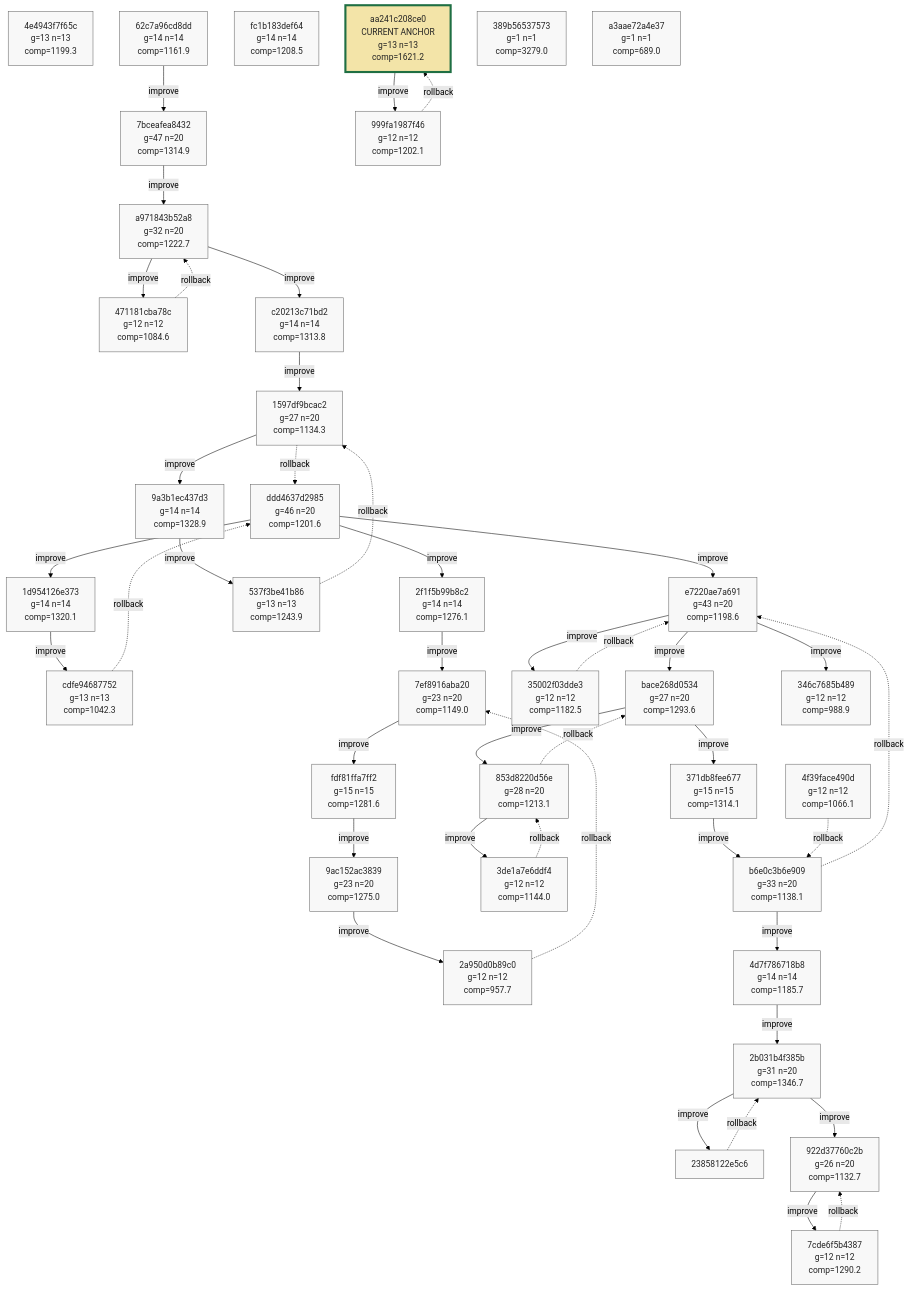
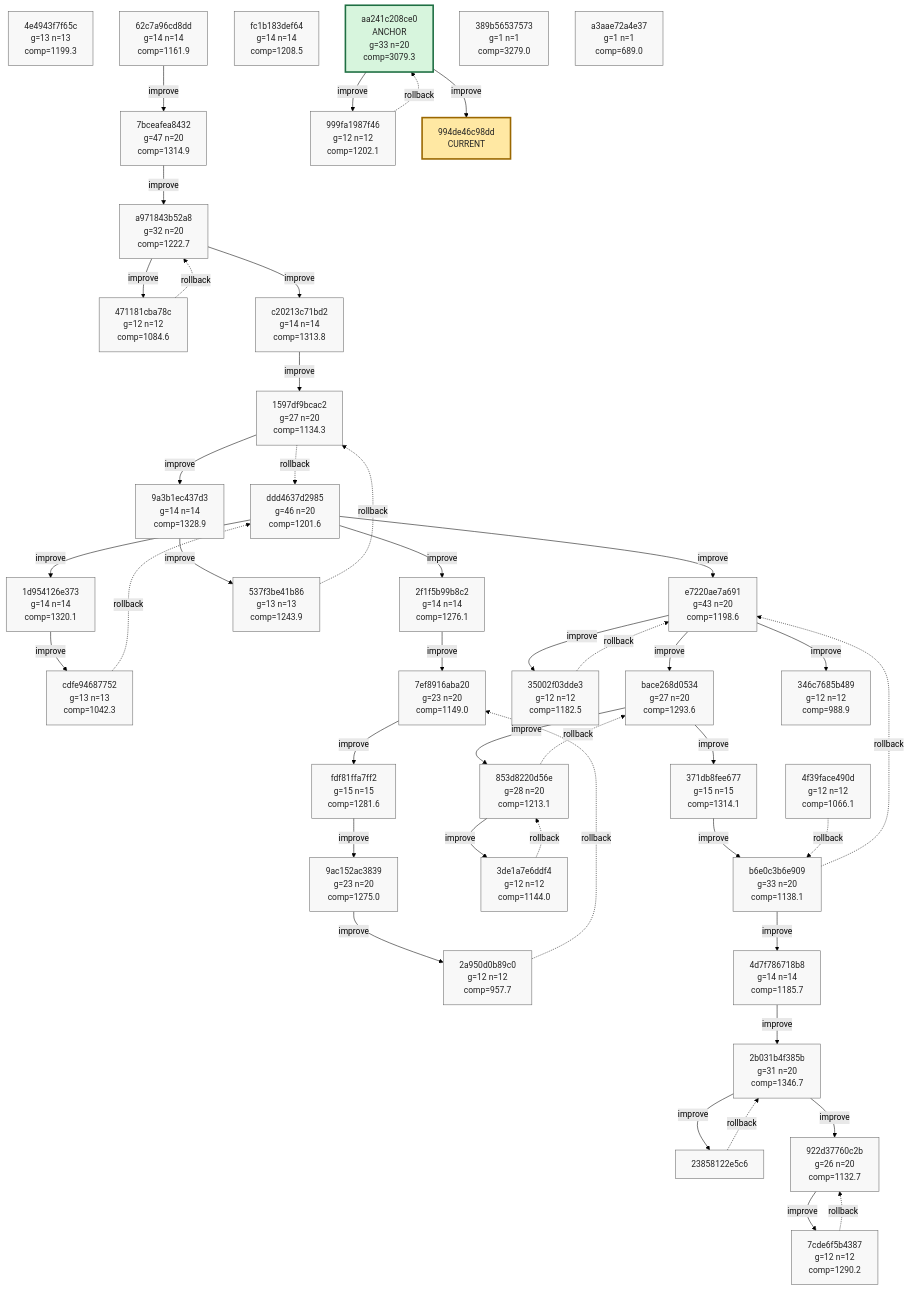
One commit to azumag/soviet_now changed the ninth of 9 diagrams in phyrogenetic-tree.md. Above: the diagram before and after it, drawn with Mermaid (forest theme). The commit also changed other lines of this file and 2 other files, not shown here.

Commit message:
eloop Improve after 12 games (scores: 3345 3335 2951 3269 5781 3285 2296 3163 3320 3328 3301 3377)

````diff
--- a/phyrogenetic-tree.md
+++ b/phyrogenetic-tree.md
@@ -2273,10 +2274,11 @@
     h_fc1b183def64["fc1b183def64<br/>g=14 n=14<br/>comp=1208.5"]
     h_4f39face490d["4f39face490d<br/>g=12 n=12<br/>comp=1066.1"]
     h_346c7685b489["346c7685b489<br/>g=12 n=12<br/>comp=988.9"]
-    h_aa241c208ce0["aa241c208ce0<br/>CURRENT ANCHOR<br/>g=13 n=13<br/>comp=1621.2"]
+    h_aa241c208ce0["aa241c208ce0<br/>ANCHOR<br/>g=33 n=20<br/>comp=3079.3"]
     h_999fa1987f46["999fa1987f46<br/>g=12 n=12<br/>comp=1202.1"]
     h_389b56537573["389b56537573<br/>g=1 n=1<br/>comp=3279.0"]
     h_a3aae72a4e37["a3aae72a4e37<br/>g=1 n=1<br/>comp=689.0"]
+    h_994de46c98dd["994de46c98dd<br/>CURRENT"]
 
     h_ddd4637d2985 -->|improve| h_1d954126e373
     h_1d954126e373 -->|improve| h_cdfe94687752
@@ -2319,6 +2321,7 @@
     h_e7220ae7a691 -->|improve| h_346c7685b489
     h_aa241c208ce0 -->|improve| h_999fa1987f46
     h_999fa1987f46 -. rollback .-> h_aa241c208ce0
+    h_aa241c208ce0 -->|improve| h_994de46c98dd
 
     classDef plain fill:#f8f8f8,stroke:#666,stroke-width:1px,color:#222;
     classDef current fill:#ffe8a3,stroke:#9a6700,stroke-width:3px,color:#222;
@@ -2357,8 +2360,9 @@
     class h_fc1b183def64 plain;
     class h_4f39face490d plain;
     class h_346c7685b489 plain;
-    class h_aa241c208ce0 current_anchor;
+    class h_aa241c208ce0 anchor;
     class h_999fa1987f46 plain;
     class h_389b56537573 plain;
     class h_a3aae72a4e37 plain;
+    class h_994de46c98dd current;
 ```
````
